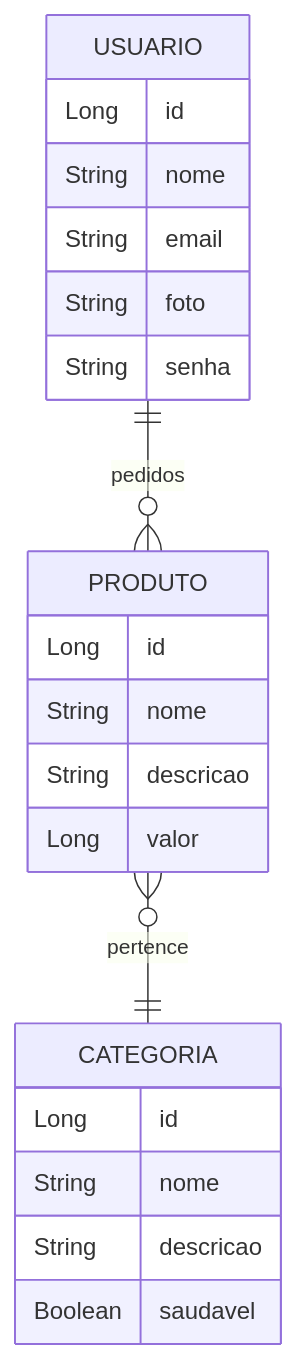
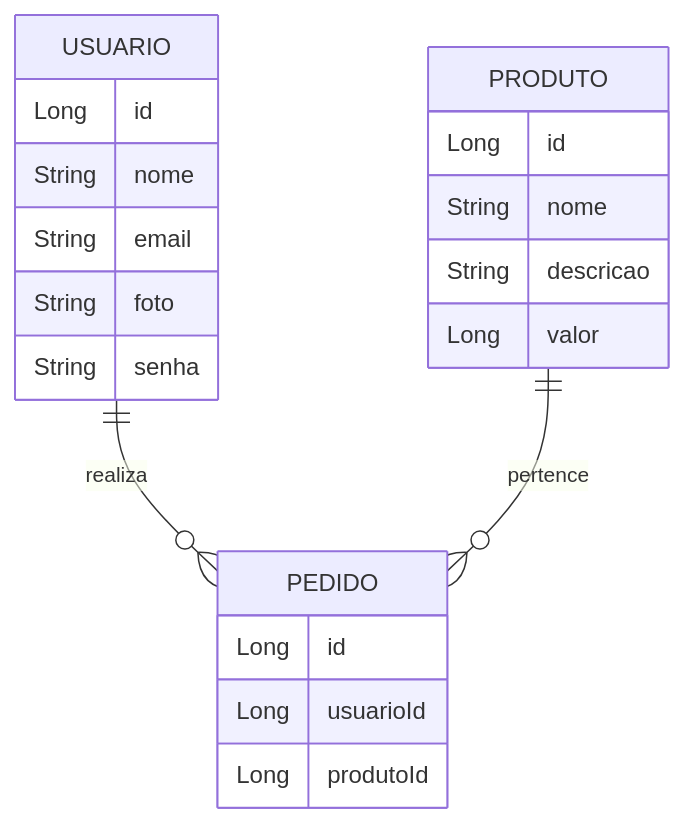
Before and after one commit to grupo2generation77/delivery-generation-gp2: the diagram in README.md, drawn with Mermaid. The commit also changed other lines of this file, not shown here.

````diff
--- a/README.md
+++ b/README.md
@@ -27,24 +27,23 @@
 ```mermaid
 erDiagram
     USUARIO {
         Long id
         String nome
         String email
         String foto
         String senha
     }
     PRODUTO {
         Long id
         String nome
         String descricao
         Long valor
     }
-    CATEGORIA {
+    PEDIDO {
         Long id
-        String nome
-        String descricao
-        Boolean saudavel
+        Long usuarioId
+        Long produtoId
     }
-    USUARIO ||--o{ PRODUTO : pedidos
-    PRODUTO }o--|| CATEGORIA : pertence
+    USUARIO ||--o{ PEDIDO : realiza
+    PRODUTO ||--o{ PEDIDO : pertence
 ```
````
